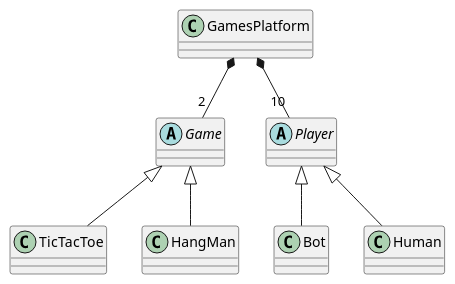
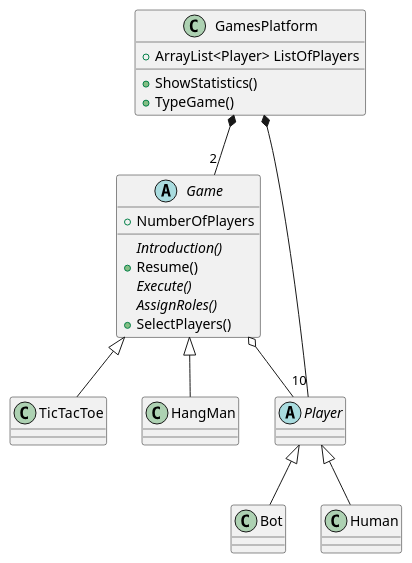
Before and after one commit to Gabs16TL/GamesPlatform: the diagram in diagrams/ClassDiagramMain.wsd, drawn with PlantUML. The commit also changed 2 other files, not shown here.

Commit message:
Añadimos el diagrama de clases de HangMan y el Main con algunos métodos y variables

```diff
--- a/diagrams/ClassDiagramMain.wsd
+++ b/diagrams/ClassDiagramMain.wsd
@@ -1,20 +1,34 @@
 @startuml
 
-class GamesPlatform {}
-abstract class Game {}
+class GamesPlatform {
+    +ArrayList<Player> ListOfPlayers
+    +ShowStatistics()
+    +TypeGame()
+}
+abstract class Game {
+
+    +NumberOfPlayers
+    {abstract}Introduction()
+    +Resume()
+    {abstract}Execute()
+    {abstract}AssignRoles()
+    +SelectPlayers()
+}
 class TicTacToe {}
 class HangMan {}
-abstract class Player {}
+abstract class Player {
+
+}
 class Bot {}
 class Human {}
 
 GamesPlatform *-- "10" Player
 GamesPlatform *-- "2" Game
 
 Game <|-- TicTacToe
 Game <|-- HangMan
-
+Game o--Player
 Player <|-- Bot
 Player <|-- Human
 
 @enduml
```
